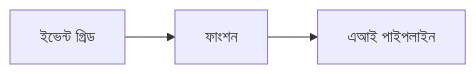
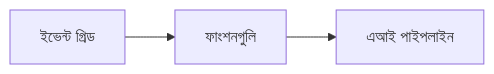
Before and after one commit to microsoft/AZD-for-beginners: the second of 2 diagrams in translations/bn/docs/chapter-08-production/README.md, drawn with Mermaid. The commit also changed other lines of this file and 101 other files, not shown here.

````diff
--- a/translations/bn/docs/chapter-08-production/README.md
+++ b/translations/bn/docs/chapter-08-production/README.md
@@ -54,4 +56,4 @@
 ```mermaid
 graph LR
-    EventGrid[ইভেন্ট গ্রিড] --> Functions[ফাংশন] --> Pipeline[এআই পাইপলাইন]
+    EventGrid[ইভেন্ট গ্রিড] --> Functions[ফাংশনগুলি] --> Pipeline[এআই পাইপলাইন]
 ```
````
